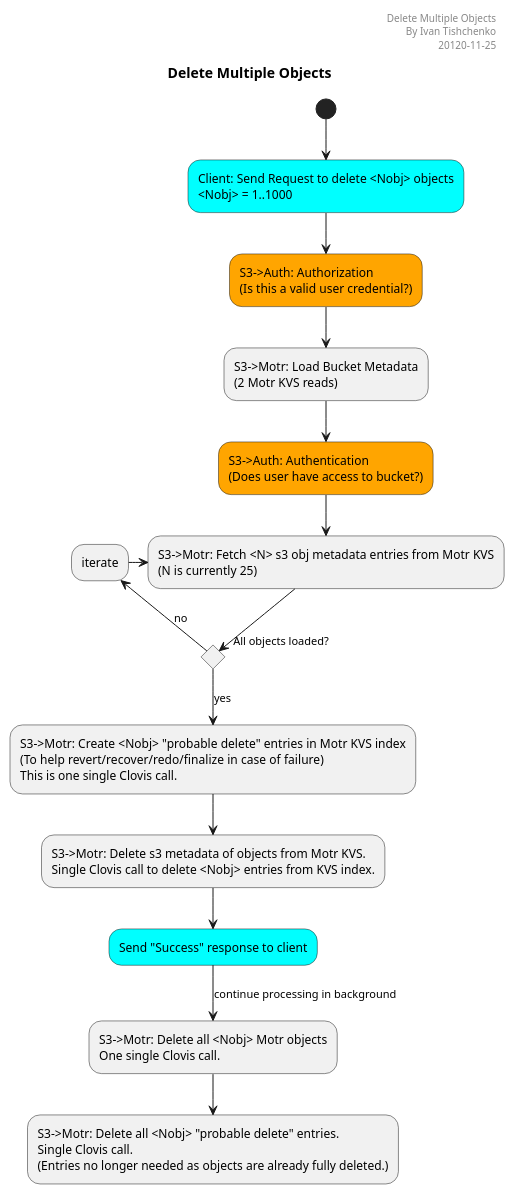
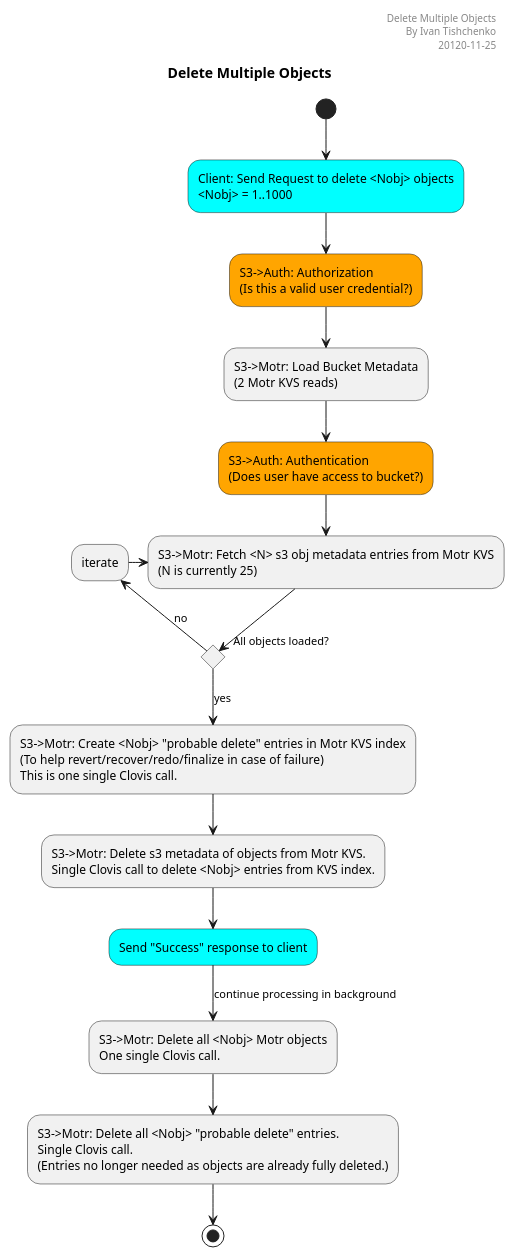
Before and after one commit to Seagate/cortx-s3server: the diagram in docs/sequencediagrams/delete-multiple-objects-activity.plantuml, drawn with PlantUML.

Commit message:
Add 'final' state on the diagram

```diff
--- a/docs/sequencediagrams/delete-multiple-objects-activity.plantuml
+++ b/docs/sequencediagrams/delete-multiple-objects-activity.plantuml
@@ -1,28 +1,29 @@
 @startuml
 
 header Delete Multiple Objects\n By Ivan Tishchenko\n 20120-11-25
 
 title Delete Multiple Objects
 
 skinparam activity {
   BackgroundColor<< Client >> Cyan
   BackgroundColor<< Auth >> Orange
 }
 
 (*) --> "Client: Send Request to delete <Nobj> objects\n<Nobj> = 1..1000" << Client >>
 --> S3->Auth: Authorization\n(Is this a valid user credential?) << Auth >>
 --> "S3->Motr: Load Bucket Metadata\n(2 Motr KVS reads)"
 --> "S3->Auth: Authentication\n(Does user have access to bucket?)" << Auth >>
 --> S3->Motr: Fetch <N> s3 obj metadata entries from Motr KVS\n(N is currently 25)
 if "All objects loaded?" then
  -->[no] iterate
  -> S3->Motr: Fetch <N> s3 obj metadata entries from Motr KVS\n(N is currently 25)
 else
  -->[yes] S3->Motr: Create <Nobj> "probable delete" entries in Motr KVS index\n(To help revert/recover/redo/finalize in case of failure)\nThis is one single Clovis call.
  --> S3->Motr: Delete s3 metadata of objects from Motr KVS.\nSingle Clovis call to delete <Nobj> entries from KVS index.
  --> Send "Success" response to client << Client >>
  --> [continue processing in background] S3->Motr: Delete all <Nobj> Motr objects\nOne single Clovis call.
  --> S3->Motr: Delete all <Nobj> "probable delete" entries.\nSingle Clovis call.\n(Entries no longer needed as objects are already fully deleted.)
+ --> (*)
 endif
 
 @enduml
```
